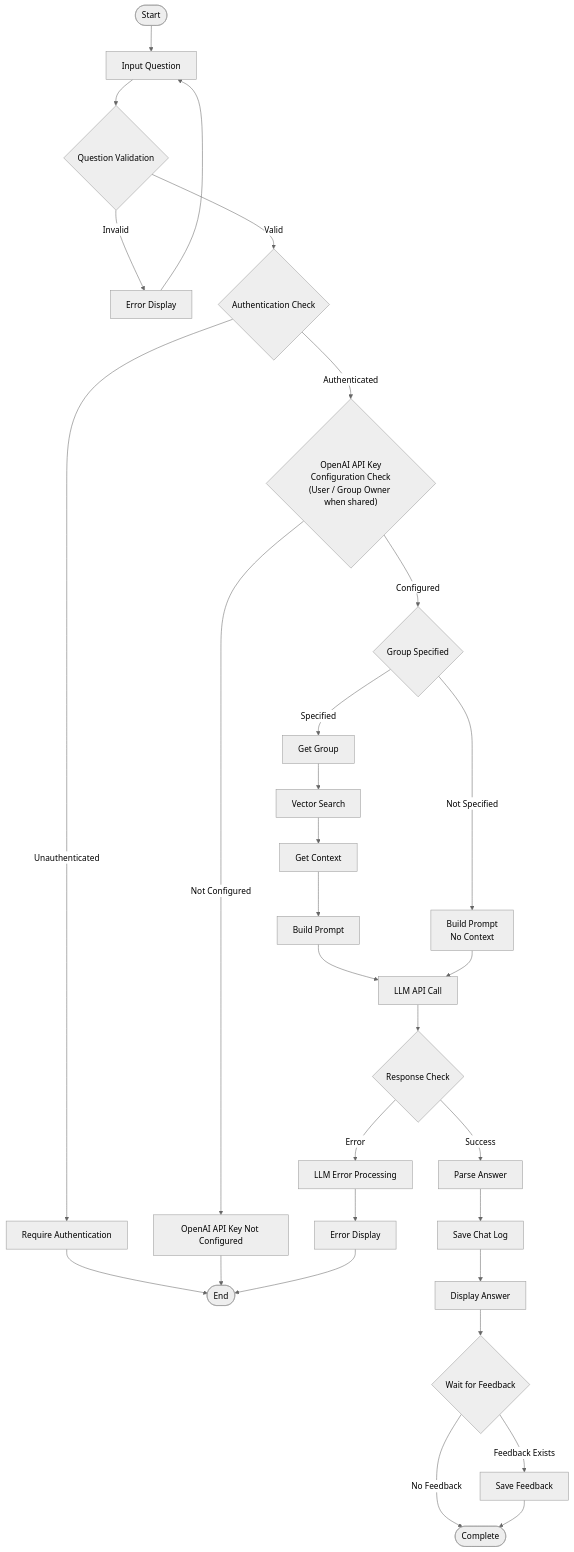
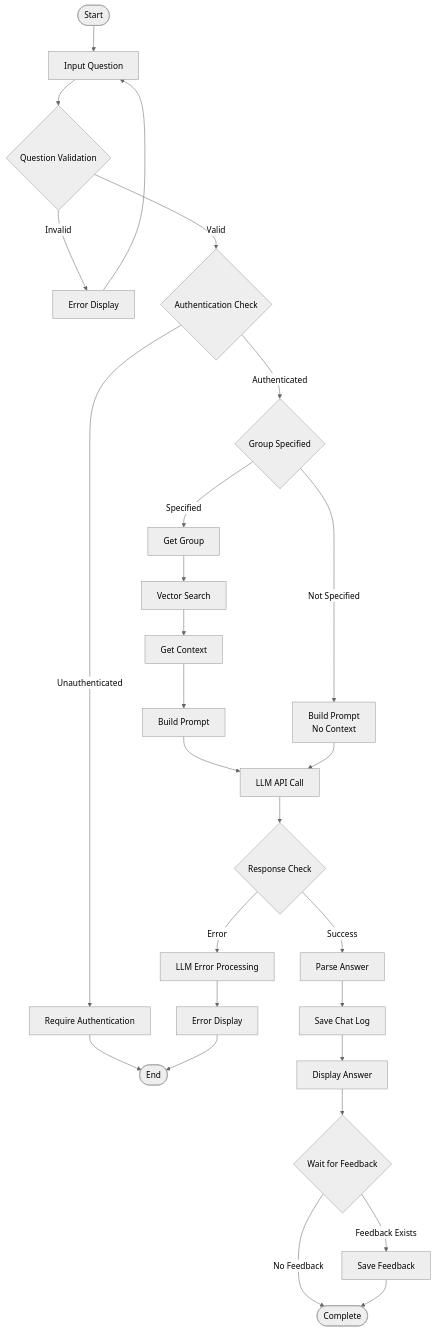
Before and after one commit to yukiharada1228/videoq: the third of 7 diagrams in docs/architecture/bpmn.md, drawn with Mermaid (neutral theme). The commit also changed other lines of this file and 11 other files, not shown here.

````diff
--- a/docs/architecture/bpmn.md
+++ b/docs/architecture/bpmn.md
@@ -69,35 +67,32 @@
 ```mermaid
 flowchart TD
     Start([Start]) --> InputQuestion[Input Question]
     InputQuestion --> ValidateQuestion{Question Validation}
     ValidateQuestion -->|Invalid| ShowError[Error Display]
     ShowError --> InputQuestion
     ValidateQuestion -->|Valid| CheckAuth{Authentication Check}
     CheckAuth -->|Unauthenticated| RequireAuth[Require Authentication]
     RequireAuth --> End([End])
-    CheckAuth -->|Authenticated| CheckAPIKey{"OpenAI API Key<br>Configuration Check<br>(User / Group Owner when shared)"}
-    CheckAPIKey -->|Not Configured| RequireAPIKey[OpenAI API Key Not Configured]
-    RequireAPIKey --> End
-    CheckAPIKey -->|Configured| CheckGroup{Group Specified}
+    CheckAuth -->|Authenticated| CheckGroup{Group Specified}
     
     CheckGroup -->|Specified| GetGroup[Get Group]
     GetGroup --> SearchVector[Vector Search]
     SearchVector --> GetContext[Get Context]
     GetContext --> BuildPrompt[Build Prompt]
     
     CheckGroup -->|Not Specified| BuildPrompt2[Build Prompt<br>No Context]
     
     BuildPrompt --> CallLLM[LLM API Call]
     BuildPrompt2 --> CallLLM
     CallLLM --> CheckResponse{Response Check}
     CheckResponse -->|Error| HandleLLMError[LLM Error Processing]
     HandleLLMError --> ShowError2[Error Display]
     ShowError2 --> End
     CheckResponse -->|Success| ParseAnswer[Parse Answer]
     ParseAnswer --> SaveLog[Save Chat Log]
     SaveLog --> DisplayAnswer[Display Answer]
     DisplayAnswer --> WaitFeedback{Wait for Feedback}
     WaitFeedback -->|Feedback Exists| SaveFeedback[Save Feedback]
     WaitFeedback -->|No Feedback| Complete
     SaveFeedback --> Complete([Complete])
 ```
````
